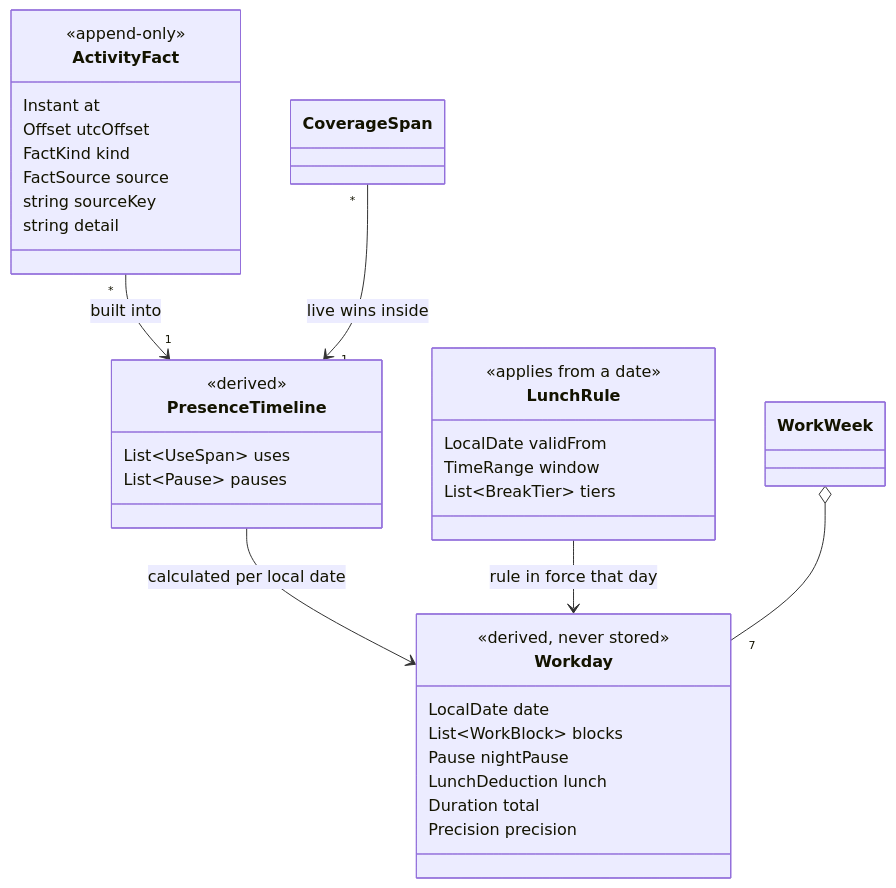
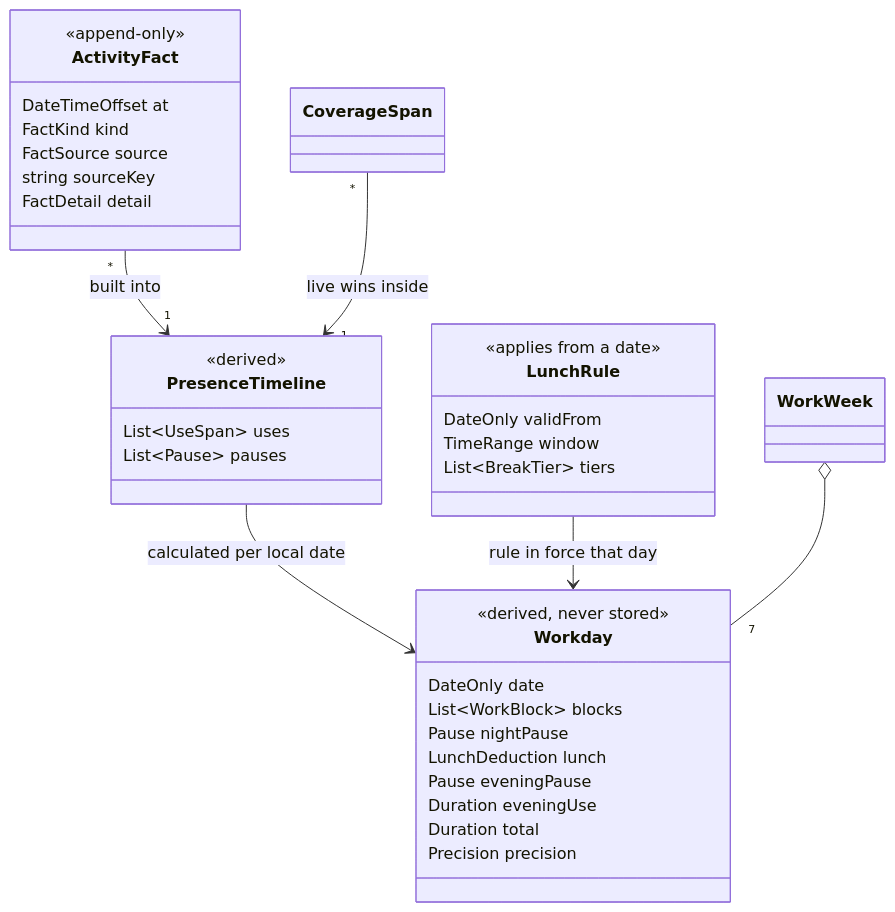
The first of 5 diagrams in docs/features/001-foundation/concept.md (Valem/work-time-tracker), drawn with Mermaid before and after one commit. The commit also changed other lines of this file and 2 other files, not shown here.

First line of the commit message:
docs: 001 concept v1.3.0 — design sync D-001..D-008, BR-012 evening pause, fingerprint wake, Phase-2 ACs (TD-002, TD-003); ADR-002 ASR risk, ADR-004 raw reasons

````diff
--- a/docs/features/001-foundation/concept.md
+++ b/docs/features/001-foundation/concept.md
@@ -79,37 +78,38 @@
 ```mermaid
 classDiagram
   class ActivityFact {
     <<append-only>>
-    Instant at
-    Offset utcOffset
+    DateTimeOffset at
     FactKind kind
     FactSource source
     string sourceKey
-    string detail
+    FactDetail detail
   }
   class PresenceTimeline {
     <<derived>>
     List~UseSpan~ uses
     List~Pause~ pauses
   }
   class LunchRule {
     <<applies from a date>>
-    LocalDate validFrom
+    DateOnly validFrom
     TimeRange window
     List~BreakTier~ tiers
   }
   class Workday {
     <<derived, never stored>>
-    LocalDate date
+    DateOnly date
     List~WorkBlock~ blocks
     Pause nightPause
     LunchDeduction lunch
+    Pause eveningPause
+    Duration eveningUse
     Duration total
     Precision precision
   }
   ActivityFact "*" --> "1" PresenceTimeline : built into
   CoverageSpan "*" --> "1" PresenceTimeline : live wins inside
   PresenceTimeline --> Workday : calculated per local date
   LunchRule --> Workday : rule in force that day
   WorkWeek o-- "7" Workday
 ```
````
